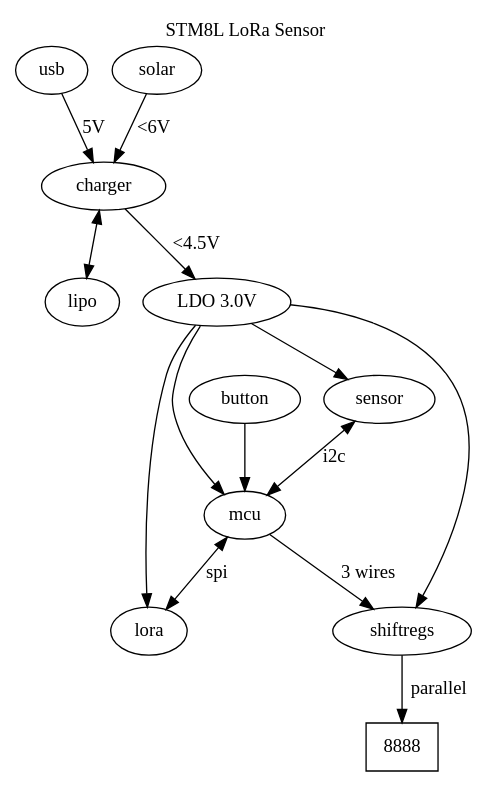
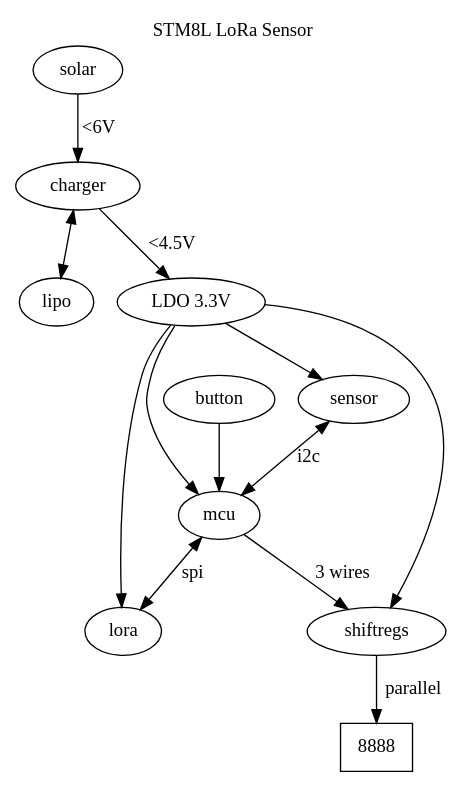
Before and after one commit to dimka-rs/stm8l-lora-sensor: the diagram in dev.dot, drawn with Graphviz. The commit also changed 1 other file, not shown here.

Commit message:
updated device block diagram

```diff
--- a/dev.dot
+++ b/dev.dot
@@ -1,23 +1,22 @@
 # make image: dot -Tpng ./dev.dot -o dev.png && xdg-open ./dev.png
 
 digraph Device {
  labelloc=t;
  label="STM8L LoRa Sensor";
 
- usb -> charger [label="5V"]
  solar -> charger [label="<6V"];
  charger -> lipo [dir=both];
  charger -> ldo [label="<4.5V"];
  ldo -> mcu;
  ldo -> sensor;
  ldo -> lora;
  ldo -> shiftregs;
  sensor -> mcu [dir=both, label="i2c"];
  button -> mcu;
  mcu -> lora [dir=both,label="spi"];
  mcu -> shiftregs [label="3 wires"];
  shiftregs -> display [label="parallel"];
 
  display [shape=polygon,sides=4,skew=0,label="8888"]
- ldo [label="LDO 3.0V"];
+ ldo [label="LDO 3.3V"];
 }
```
